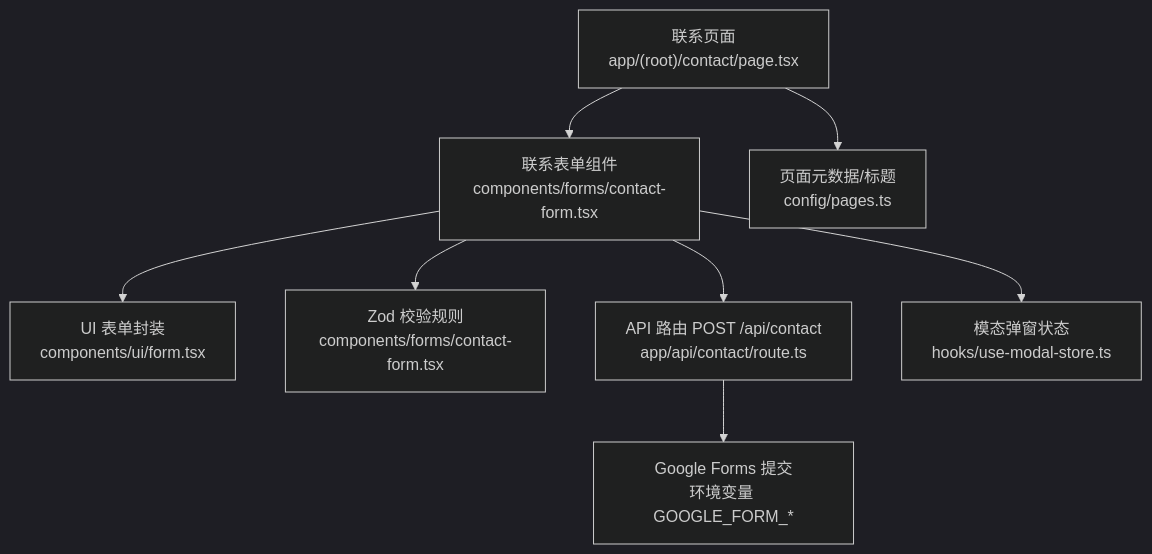
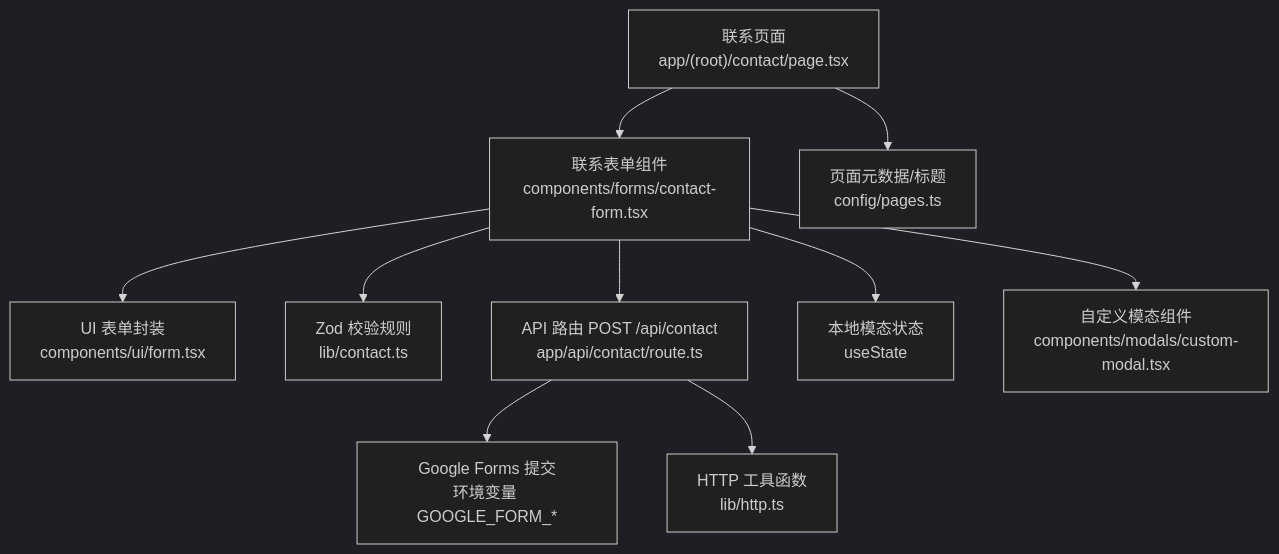
Before and after one commit to florianjsun/next-portfolio: the first of 5 diagrams in .qoder/repowiki/zh/content/核心功能模块/联系表单系统.md, drawn with Mermaid (dark theme). The commit also changed other lines of this file and 49 other files, not shown here.

````diff
--- a/.qoder/repowiki/zh/content/核心功能模块/联系表单系统.md
+++ b/.qoder/repowiki/zh/content/核心功能模块/联系表单系统.md
@@ -38,10 +49,12 @@
 ```mermaid
 graph TB
 A["联系页面<br/>app/(root)/contact/page.tsx"] --> B["联系表单组件<br/>components/forms/contact-form.tsx"]
 B --> C["UI 表单封装<br/>components/ui/form.tsx"]
-B --> D["Zod 校验规则<br/>components/forms/contact-form.tsx"]
+B --> D["Zod 校验规则<br/>lib/contact.ts"]
 B --> E["API 路由 POST /api/contact<br/>app/api/contact/route.ts"]
 E --> F["Google Forms 提交<br/>环境变量 GOOGLE_FORM_*"]
-B --> G["模态弹窗状态<br/>hooks/use-modal-store.ts"]
-A --> H["页面元数据/标题<br/>config/pages.ts"]
+B --> G["本地模态状态<br/>useState"]
+B --> H["自定义模态组件<br/>components/modals/custom-modal.tsx"]
+A --> I["页面元数据/标题<br/>config/pages.ts"]
+E --> J["HTTP 工具函数<br/>lib/http.ts"]
 ```
````
